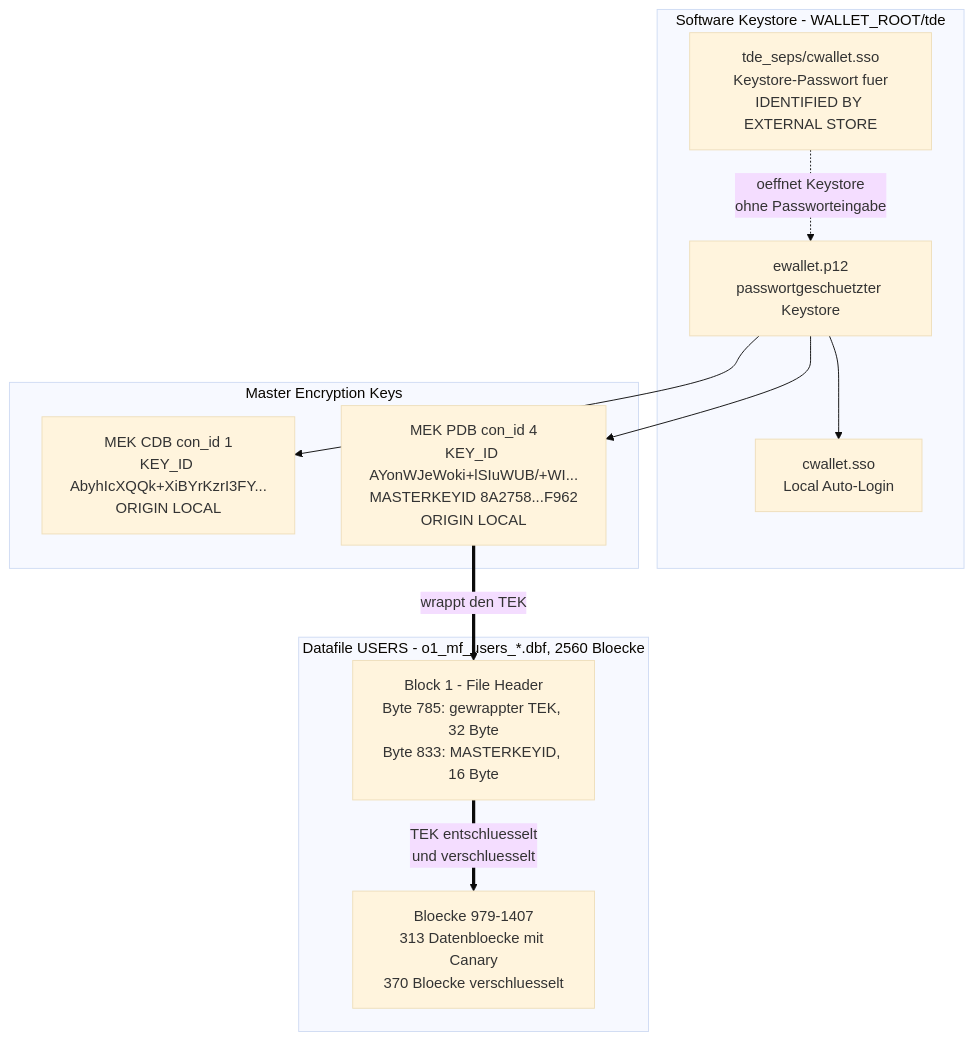
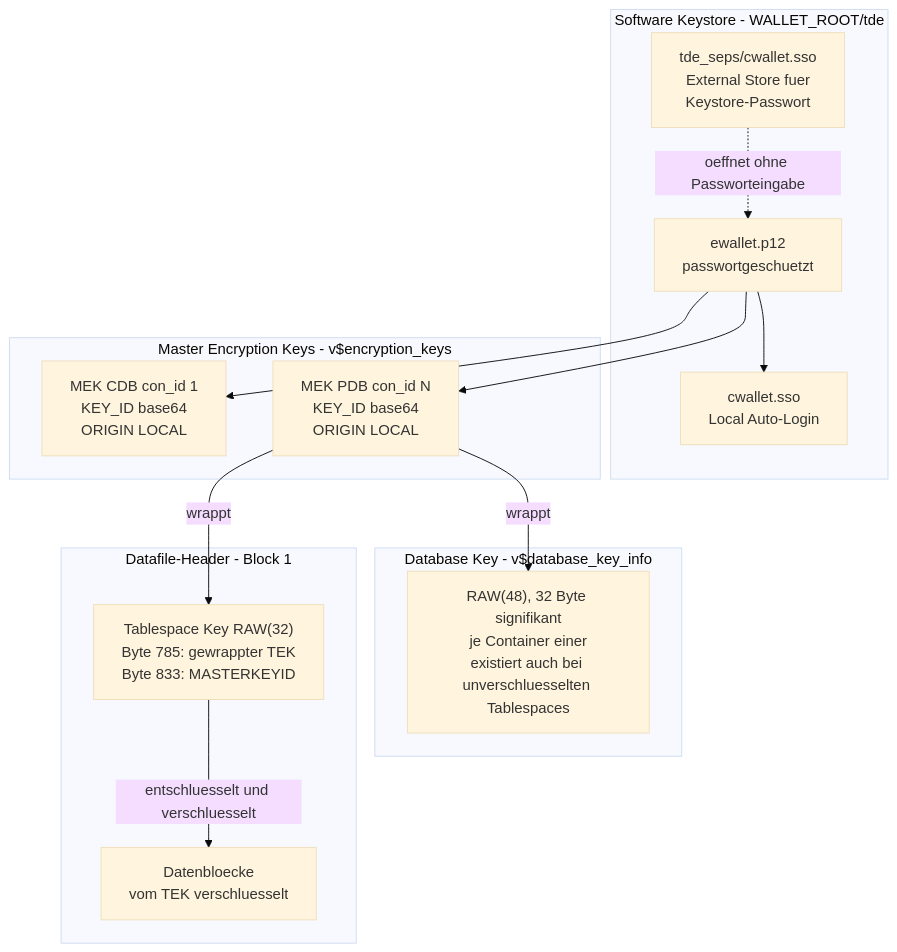
The first of 8 diagrams in doc/tde-key-architecture.md (oehrlis/oracle-free-labs), drawn with Mermaid (base theme) before and after one commit. The commit also changed other lines of this file and 1 other file, not shown here.

First line of the commit message:
docs(tde): rewrite key architecture doc with measured dependency model

````diff
--- a/doc/tde-key-architecture.md
+++ b/doc/tde-key-architecture.md
@@ -13,25 +30,30 @@
 ```mermaid
 flowchart TB
     subgraph KS["Software Keystore - WALLET_ROOT/tde"]
-        P12["ewallet.p12<br/>passwortgeschuetzter Keystore"]
+        P12["ewallet.p12<br/>passwortgeschuetzt"]
         SSO["cwallet.sso<br/>Local Auto-Login"]
-        SEPS["tde_seps/cwallet.sso<br/>Keystore-Passwort fuer<br/>IDENTIFIED BY EXTERNAL STORE"]
+        SEPS["tde_seps/cwallet.sso<br/>External Store fuer<br/>Keystore-Passwort"]
     end
 
-    subgraph MEKS["Master Encryption Keys"]
-        MEKC["MEK CDB con_id 1<br/>KEY_ID AbyhIcXQQk+XiBYrKzrI3FY...<br/>ORIGIN LOCAL"]
-        MEKP["MEK PDB con_id 4<br/>KEY_ID AYonWJeWoki+lSIuWUB/+WI...<br/>MASTERKEYID 8A2758...F962<br/>ORIGIN LOCAL"]
+    subgraph MEK_BOX["Master Encryption Keys - v$encryption_keys"]
+        MEKC["MEK CDB con_id 1<br/>KEY_ID base64<br/>ORIGIN LOCAL"]
+        MEKP["MEK PDB con_id N<br/>KEY_ID base64<br/>ORIGIN LOCAL"]
     end
 
-    subgraph DF["Datafile USERS - o1_mf_users_*.dbf, 2560 Bloecke"]
-        HDR["Block 1 - File Header<br/>Byte 785: gewrappter TEK, 32 Byte<br/>Byte 833: MASTERKEYID, 16 Byte"]
-        DATA["Bloecke 979-1407<br/>313 Datenbloecke mit Canary<br/>370 Bloecke verschluesselt"]
+    subgraph DBK["Database Key - v$database_key_info"]
+        DK["RAW(48), 32 Byte signifikant<br/>je Container einer<br/>existiert auch bei unverschluesselten Tablespaces"]
+    end
+
+    subgraph DF["Datafile-Header - Block 1"]
+        TEK["Tablespace Key RAW(32)<br/>Byte 785: gewrappter TEK<br/>Byte 833: MASTERKEYID"]
+        DATA["Datenbloecke<br/>vom TEK verschluesselt"]
     end
 
     P12 --> SSO
-    SEPS -.->|"oeffnet Keystore<br/>ohne Passworteingabe"| P12
+    SEPS -.->|"oeffnet ohne Passworteingabe"| P12
     P12 --> MEKC
     P12 --> MEKP
-    MEKP ==>|"wrappt den TEK"| HDR
-    HDR ==>|"TEK entschluesselt<br/>und verschluesselt"| DATA
+    MEKP -->|"wrappt"| DK
+    MEKP -->|"wrappt"| TEK
+    TEK -->|"entschluesselt und verschluesselt"| DATA
 ```
````
